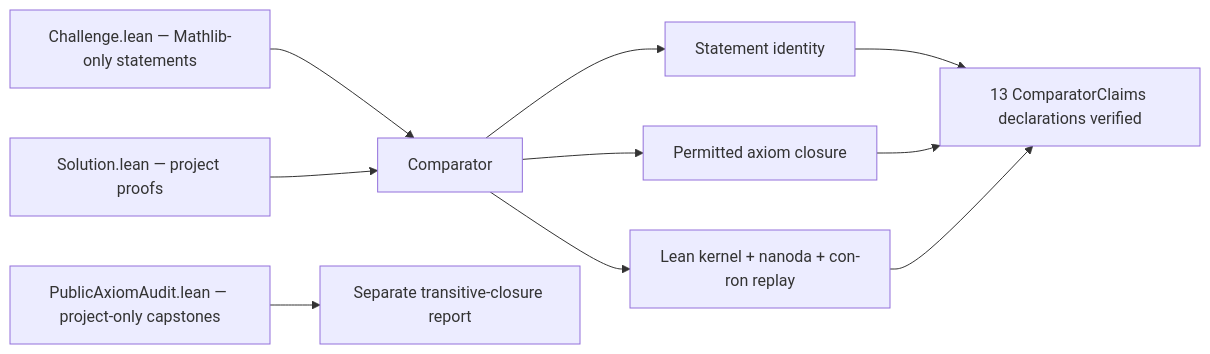
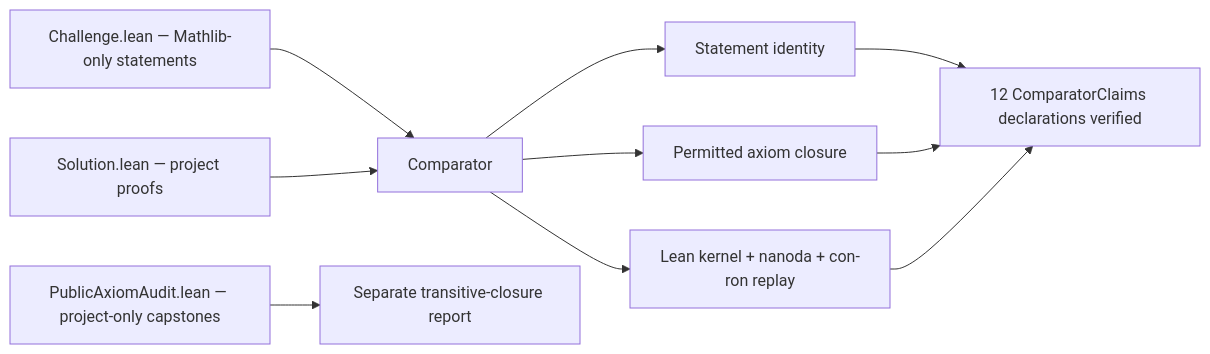
The second of 2 diagrams in README.md (mysticflounder/modular-schur), drawn with Mermaid before and after one commit. The commit also changed other lines of this file and 12 other files, not shown here.

````diff
--- a/README.md
+++ b/README.md
@@ -304,12 +308,12 @@
 ```mermaid
 flowchart LR
     C["Challenge.lean — Mathlib-only statements"] --> G["Comparator"]
     S["Solution.lean — project proofs"] --> G
     G --> I["Statement identity"]
     G --> A["Permitted axiom closure"]
     G --> K["Lean kernel + nanoda + con-ron replay"]
-    I --> V["13 ComparatorClaims declarations verified"]
+    I --> V["12 ComparatorClaims declarations verified"]
     A --> V
     K --> V
     P["PublicAxiomAudit.lean — project-only capstones"] --> R["Separate transitive-closure report"]
 ```
````
